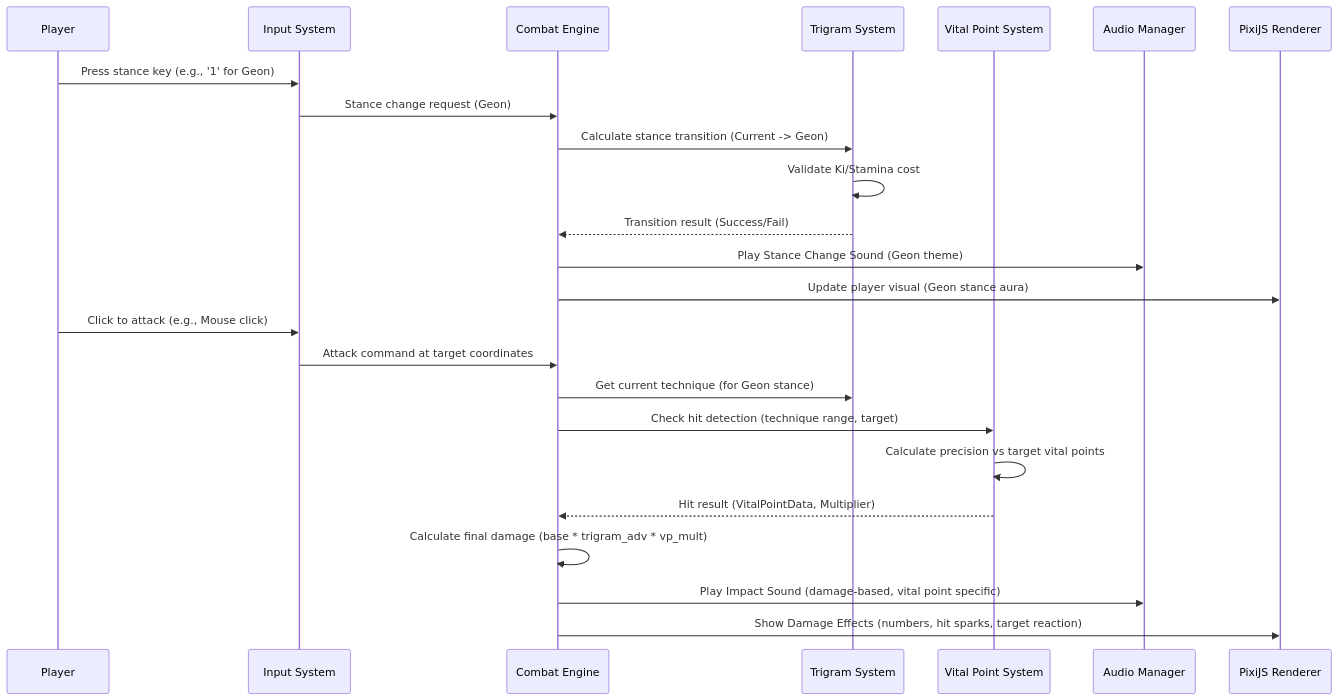
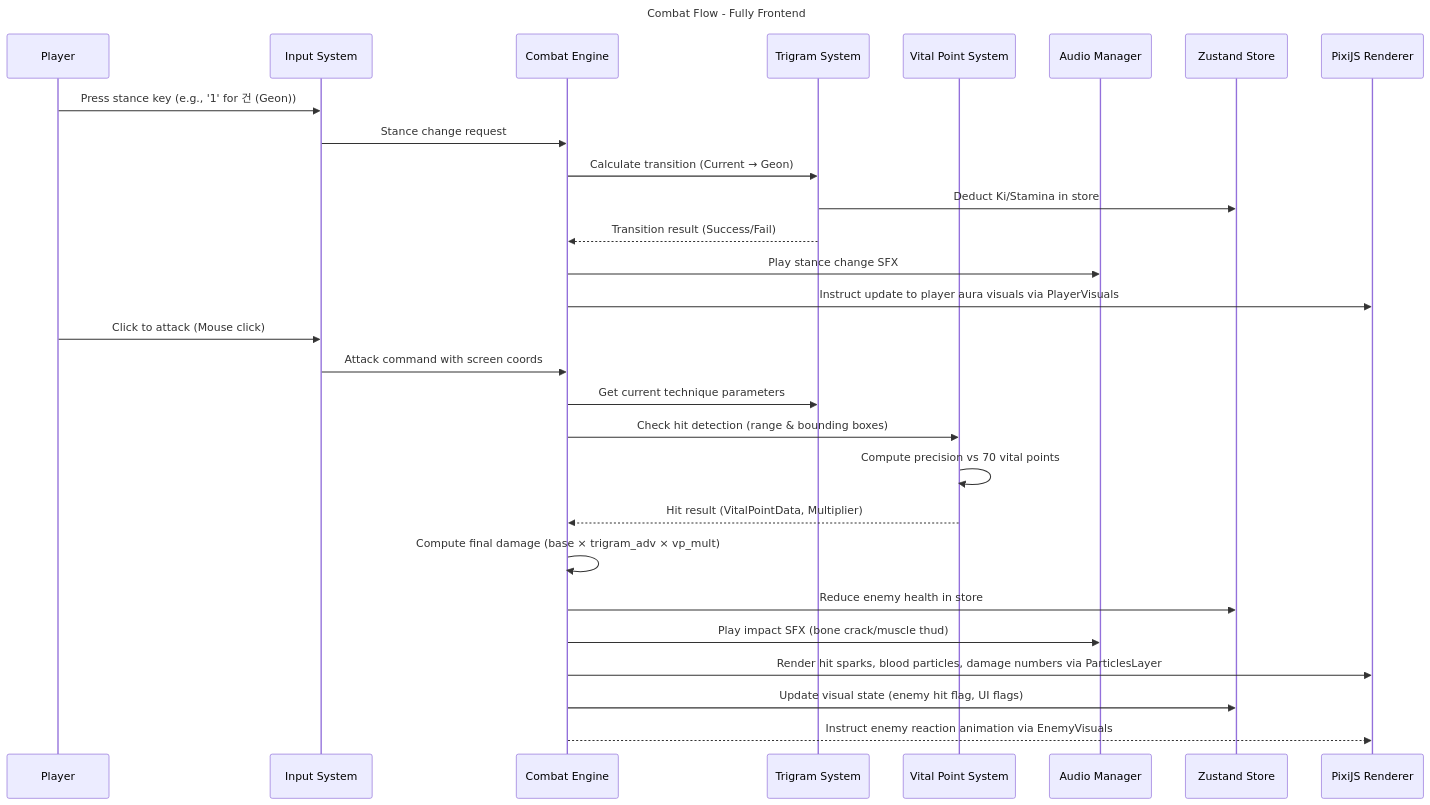
The fourth of 8 diagrams in ARCHITECTURE.md (fossabot/blacktrigram), drawn with Mermaid before and after one commit. The commit also changed other lines of this file, not shown here.

Commit message:
Enhance architecture documentation with comprehensive C4 model diagrams, SWOT analysis, and detailed component breakdown for Black Trigram (흑괘). Update sections on system context, container view, and performance optimization strategies, while restructuring content for clarity and accessibility.

````diff
--- a/ARCHITECTURE.md
+++ b/ARCHITECTURE.md
@@ -185,28 +246,34 @@
 ```mermaid
 sequenceDiagram
+    title Combat Flow - Fully Frontend
+
     participant Player
     participant InputSystem as Input System
     participant CombatEngine as Combat Engine
     participant TrigramSystem as Trigram System
     participant VitalPointSystem as Vital Point System
     participant AudioManager as Audio Manager
-    participant Renderer as PixiJS Renderer
+    participant StateStore as Zustand Store
+    participant PixiStage as PixiJS Renderer
 
-    Player->>InputSystem: Press stance key (e.g., '1' for Geon)
-    InputSystem->>CombatEngine: Stance change request (Geon)
-    CombatEngine->>TrigramSystem: Calculate stance transition (Current -> Geon)
-    TrigramSystem->>TrigramSystem: Validate Ki/Stamina cost
+    Player->>InputSystem: Press stance key (e.g., '1' for 건 (Geon))
+    InputSystem->>CombatEngine: Stance change request
+    CombatEngine->>TrigramSystem: Calculate transition (Current → Geon)
+    TrigramSystem->>StateStore: Deduct Ki/Stamina in store
     TrigramSystem-->>CombatEngine: Transition result (Success/Fail)
-    CombatEngine->>AudioManager: Play Stance Change Sound (Geon theme)
-    CombatEngine->>Renderer: Update player visual (Geon stance aura)
+    CombatEngine->>AudioManager: Play stance change SFX
+    CombatEngine->>PixiStage: Instruct update to player aura visuals via PlayerVisuals
 
-    Player->>InputSystem: Click to attack (e.g., Mouse click)
-    InputSystem->>CombatEngine: Attack command at target coordinates
-    CombatEngine->>TrigramSystem: Get current technique (for Geon stance)
-    CombatEngine->>VitalPointSystem: Check hit detection (technique range, target)
-    VitalPointSystem->>VitalPointSystem: Calculate precision vs target vital points
+    Player->>InputSystem: Click to attack (Mouse click)
+    InputSystem->>CombatEngine: Attack command with screen coords
+    CombatEngine->>TrigramSystem: Get current technique parameters
+    CombatEngine->>VitalPointSystem: Check hit detection (range & bounding boxes)
+    VitalPointSystem->>VitalPointSystem: Compute precision vs 70 vital points
     VitalPointSystem-->>CombatEngine: Hit result (VitalPointData, Multiplier)
-    CombatEngine->>CombatEngine: Calculate final damage (base * trigram_adv * vp_mult)
-    CombatEngine->>AudioManager: Play Impact Sound (damage-based, vital point specific)
-    CombatEngine->>Renderer: Show Damage Effects (numbers, hit sparks, target reaction)
+    CombatEngine->>CombatEngine: Compute final damage (base × trigram_adv × vp_mult)
+    CombatEngine->>StateStore: Reduce enemy health in store
+    CombatEngine->>AudioManager: Play impact SFX (bone crack/muscle thud)
+    CombatEngine->>PixiStage: Render hit sparks, blood particles, damage numbers via ParticlesLayer
+    CombatEngine->>StateStore: Update visual state (enemy hit flag, UI flags)
+    CombatEngine-->>PixiStage: Instruct enemy reaction animation via EnemyVisuals
 ```
````
